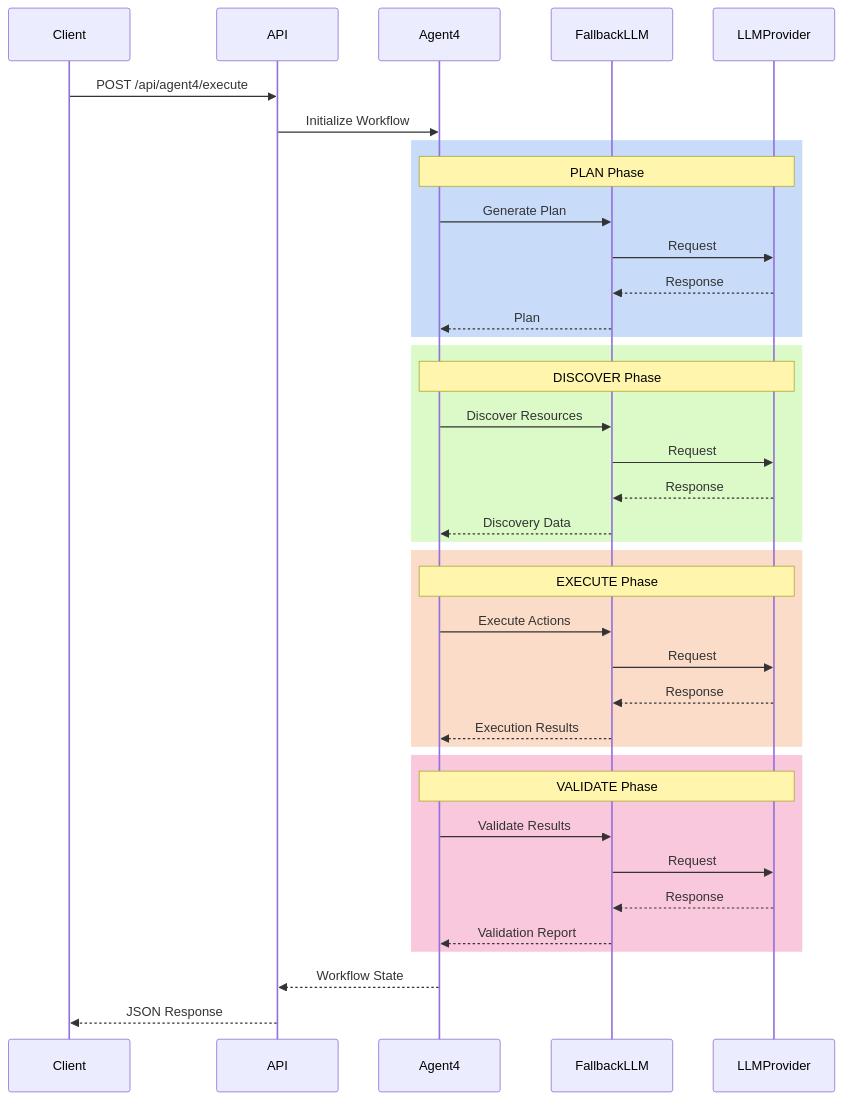
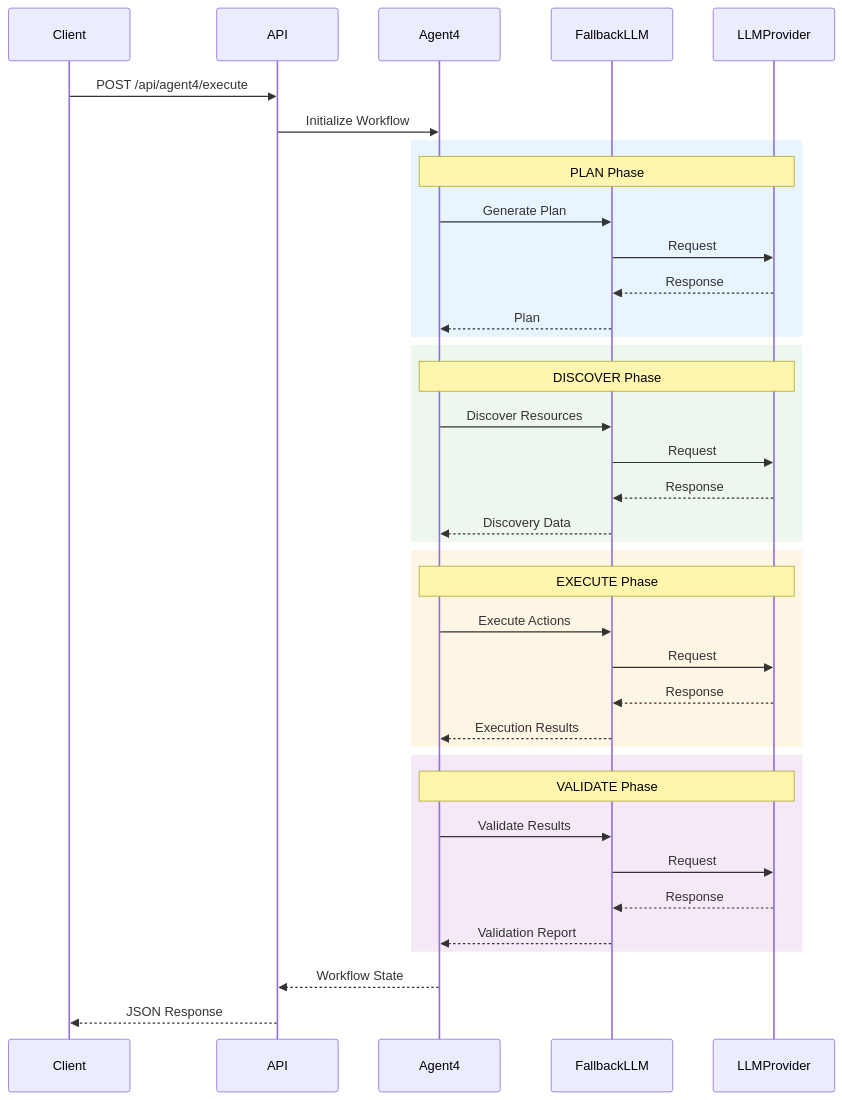
One commit to NovusAevum/agent4-implementation changed the second of 5 diagrams in README.md. Above: the diagram before and after it, drawn with Mermaid. The commit also changed other lines of this file, not shown here.

````diff
--- a/README.md
+++ b/README.md
@@ -104,46 +106,46 @@
 ```mermaid
 sequenceDiagram
     participant Client
     participant API
     participant Agent4
     participant FallbackLLM
     participant LLMProvider
     
     Client->>API: POST /api/agent4/execute
     API->>Agent4: Initialize Workflow
     
-    rect rgb(200, 220, 250)
+    rect rgba(33, 150, 243, 0.1)
     Note over Agent4,LLMProvider: PLAN Phase
     Agent4->>FallbackLLM: Generate Plan
     FallbackLLM->>LLMProvider: Request
     LLMProvider-->>FallbackLLM: Response
     FallbackLLM-->>Agent4: Plan
     end
     
-    rect rgb(220, 250, 200)
+    rect rgba(76, 175, 80, 0.1)
     Note over Agent4,LLMProvider: DISCOVER Phase
     Agent4->>FallbackLLM: Discover Resources
     FallbackLLM->>LLMProvider: Request
     LLMProvider-->>FallbackLLM: Response
     FallbackLLM-->>Agent4: Discovery Data
     end
     
-    rect rgb(250, 220, 200)
+    rect rgba(255, 152, 0, 0.1)
     Note over Agent4,LLMProvider: EXECUTE Phase
     Agent4->>FallbackLLM: Execute Actions
     FallbackLLM->>LLMProvider: Request
     LLMProvider-->>FallbackLLM: Response
     FallbackLLM-->>Agent4: Execution Results
     end
     
-    rect rgb(250, 200, 220)
+    rect rgba(156, 39, 176, 0.1)
     Note over Agent4,LLMProvider: VALIDATE Phase
     Agent4->>FallbackLLM: Validate Results
     FallbackLLM->>LLMProvider: Request
     LLMProvider-->>FallbackLLM: Response
     FallbackLLM-->>Agent4: Validation Report
     end
     
     Agent4-->>API: Workflow State
     API-->>Client: JSON Response
 ```
````
